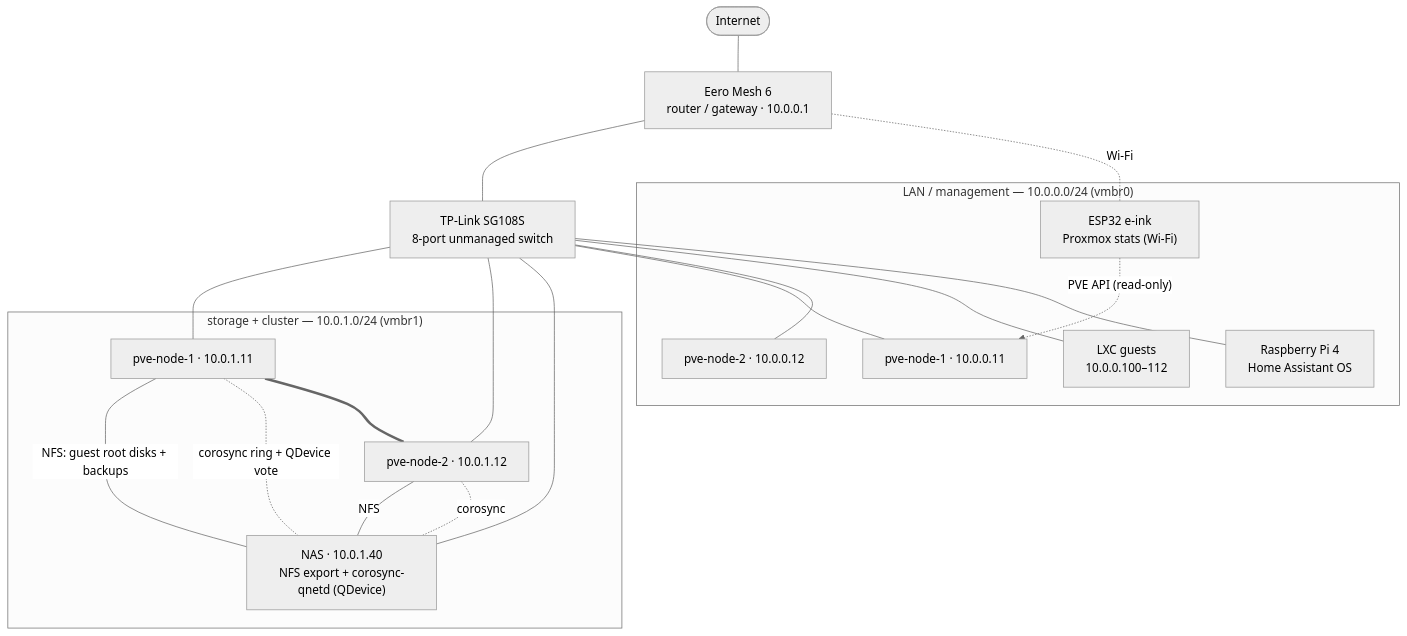
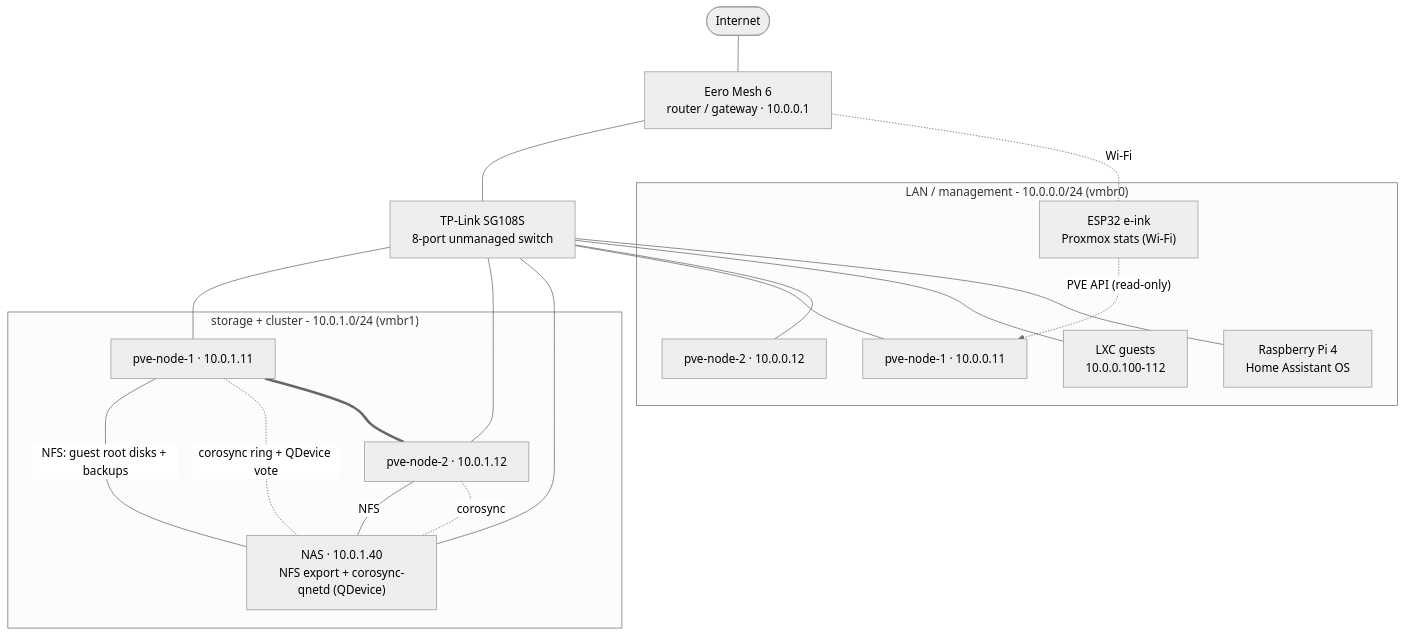
One commit to r-morato/RM-Homelab changed the diagram in diagrams/network-diagram.md. Above: the diagram before and after it, drawn with Mermaid (neutral theme). The commit also changed 56 other files, not shown here.

Commit message:
docs: full revamp — cluster, HA, storage, backups, automation

````diff
--- a/diagrams/network-diagram.md
+++ b/diagrams/network-diagram.md
@@ -6,36 +6,36 @@
 ```mermaid
 flowchart TB
     ISP([Internet]) --- Router["Eero Mesh 6<br>router / gateway · 10.0.0.1"]
     Router --- SW["TP-Link SG108S<br>8-port unmanaged switch"]
 
-    subgraph LAN["LAN / management — 10.0.0.0/24 (vmbr0)"]
+    subgraph LAN["LAN / management - 10.0.0.0/24 (vmbr0)"]
         N1LAN["pve-node-1 · 10.0.0.11"]
         N2LAN["pve-node-2 · 10.0.0.12"]
-        Guests["LXC guests<br>10.0.0.100–112"]
+        Guests["LXC guests<br>10.0.0.100-112"]
         Pi["Raspberry Pi 4<br>Home Assistant OS"]
         ESP["ESP32 e-ink<br>Proxmox stats (Wi-Fi)"]
     end
 
-    subgraph STOR["storage + cluster — 10.0.1.0/24 (vmbr1)"]
+    subgraph STOR["storage + cluster - 10.0.1.0/24 (vmbr1)"]
         N1S["pve-node-1 · 10.0.1.11"]
         N2S["pve-node-2 · 10.0.1.12"]
         NAS["NAS · 10.0.1.40<br>NFS export + corosync-qnetd (QDevice)"]
     end
 
     SW --- N1LAN
     SW --- N2LAN
     SW --- Guests
     SW --- Pi
     Router -. Wi-Fi .- ESP
     SW --- N1S
     SW --- N2S
     SW --- NAS
 
     N1S -- "NFS: guest root disks + backups" --- NAS
     N2S -- NFS --- NAS
     N1S -. "corosync ring + QDevice vote" .- NAS
     N2S -. corosync .- NAS
     N1S === N2S
 
     ESP -. "PVE API (read-only)" .-> N1LAN
 ```
````
